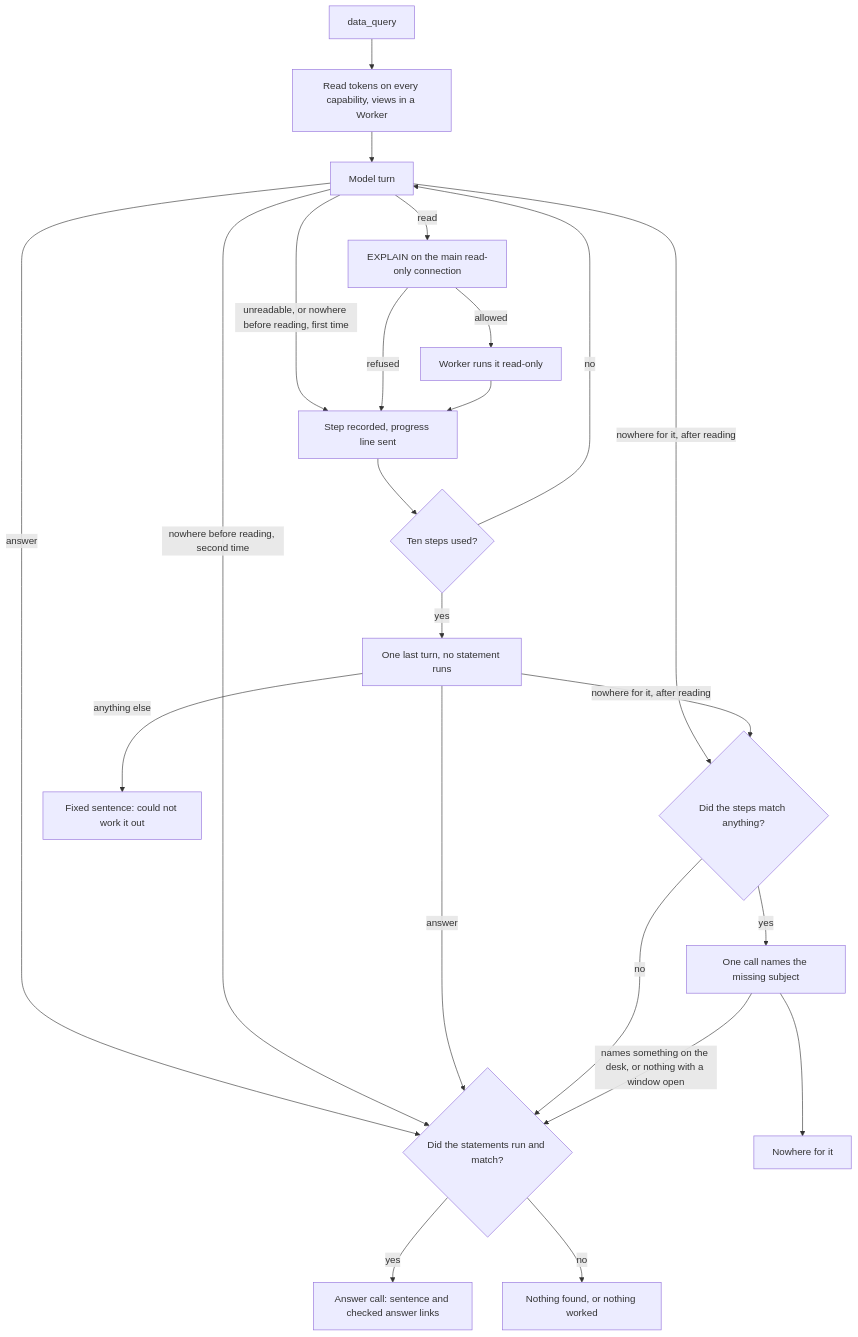
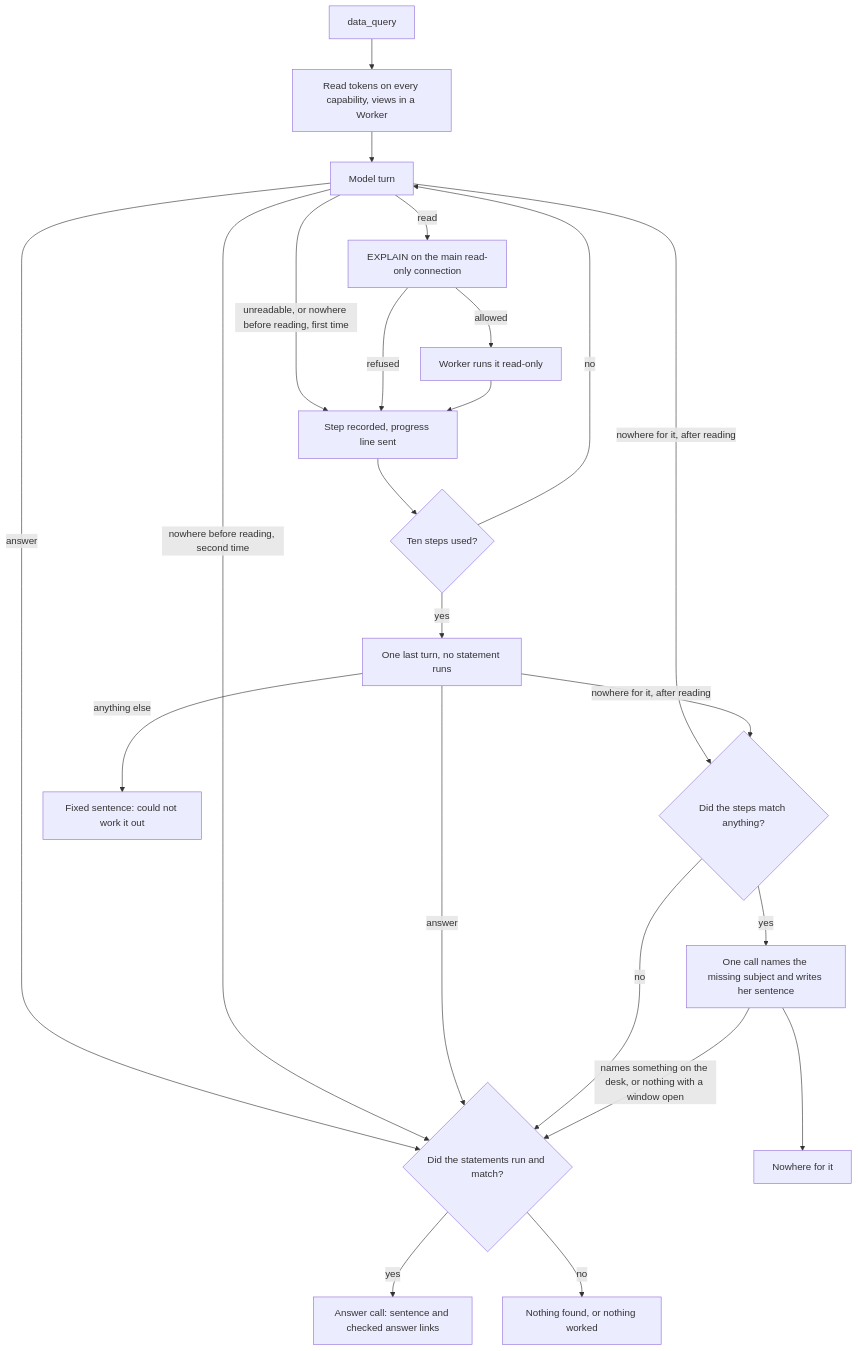
One commit to jcospina/aluna changed diagram 13 of 17 in docs/architecture.md. Above: the diagram before and after it, drawn with Mermaid. The commit also changed other lines of this file and 17 other files, not shown here.

````diff
--- a/docs/architecture.md
+++ b/docs/architecture.md
@@ -854,25 +854,25 @@
 ```mermaid
 flowchart TD
     A["data_query"] --> B["Read tokens on every capability, views in a Worker"]
     B --> C["Model turn"]
     C -->|read| D["EXPLAIN on the main read-only connection"]
     C -->|"unreadable, or nowhere before reading, first time"| S
     D -->|refused| S["Step recorded, progress line sent"]
     D -->|allowed| E["Worker runs it read-only"]
     E --> S
     S --> F{"Ten steps used?"}
     F -->|no| C
     F -->|yes| LT["One last turn, no statement runs"]
     C -->|answer| H{"Did the statements run and match?"}
     C -->|"nowhere before reading, second time"| H
     LT -->|answer| H
     C -->|"nowhere for it, after reading"| NH{"Did the steps match anything?"}
     LT -->|"nowhere for it, after reading"| NH
     LT -->|"anything else"| BS["Fixed sentence: could not work it out"]
     NH -->|no| H
-    NH -->|yes| K["One call names the missing subject"]
+    NH -->|yes| K["One call names the missing subject and writes her sentence"]
     K -->|"names something on the desk, or nothing with a window open"| H
     K --> KN["Nowhere for it"]
     H -->|yes| I["Answer call: sentence and checked answer links"]
     H -->|no| J["Nothing found, or nothing worked"]
 ```
````
